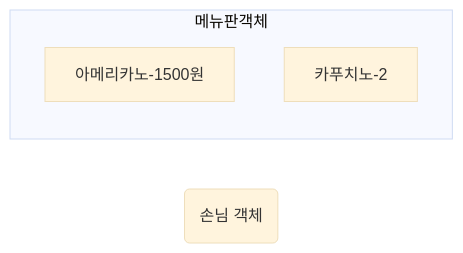
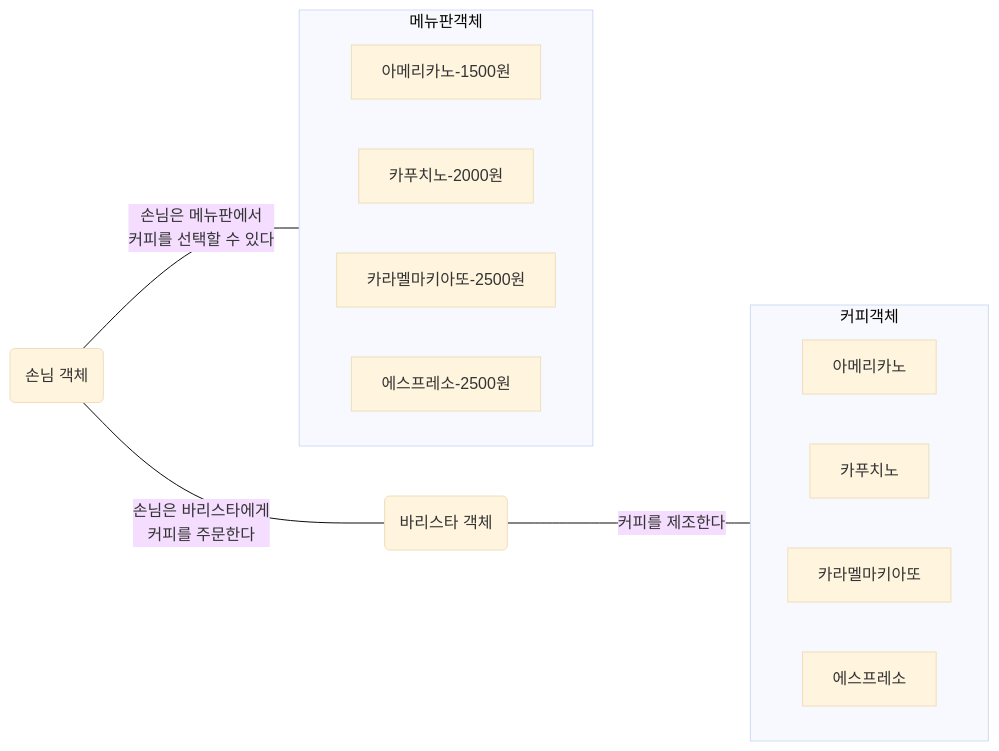
One commit to kimregular/DAILY_STUDY changed the diagram in 독서/7. 객체지향의 사실과 오해/07. 함께 모으기/07-03. 커피 전문점 도메인 - 3.md. Above: the diagram before and after it, drawn with Mermaid (base theme). The commit also changed other lines of this file, not shown here.

Commit message:
obsidian backup: 2024-12-31 13:02:21

````diff
--- a/독서/7. 객체지향의 사실과 오해/07. 함께 모으기/07-03. 커피 전문점 도메인 - 3.md
+++ b/독서/7. 객체지향의 사실과 오해/07. 함께 모으기/07-03. 커피 전문점 도메인 - 3.md
@@ -12,8 +12,24 @@
 ```mermaid
 flowchart LR
 	c("손님 객체")
 	subgraph 메뉴판객체
+		direction RL
 		아메리카노-1500원
-		카푸치노-2
+		카푸치노-2000원
+		카라멜마키아또-2500원
+		에스프레소-2500원
 	end
+	b("바리스타 객체")
+	subgraph 커피객체
+		direction RL
+		아메리카노
+		카푸치노
+		카라멜마키아또
+		에스프레소
+	end
+
+	c --- |"손님은 메뉴판에서\n 커피를 선택할 수 있다"| 메뉴판객체
+	c --- |"손님은 바리스타에게\n커피를 주문한다"| b
+	b --- |"커피를 제조한다"| 커피객체
+	
 ```
````
